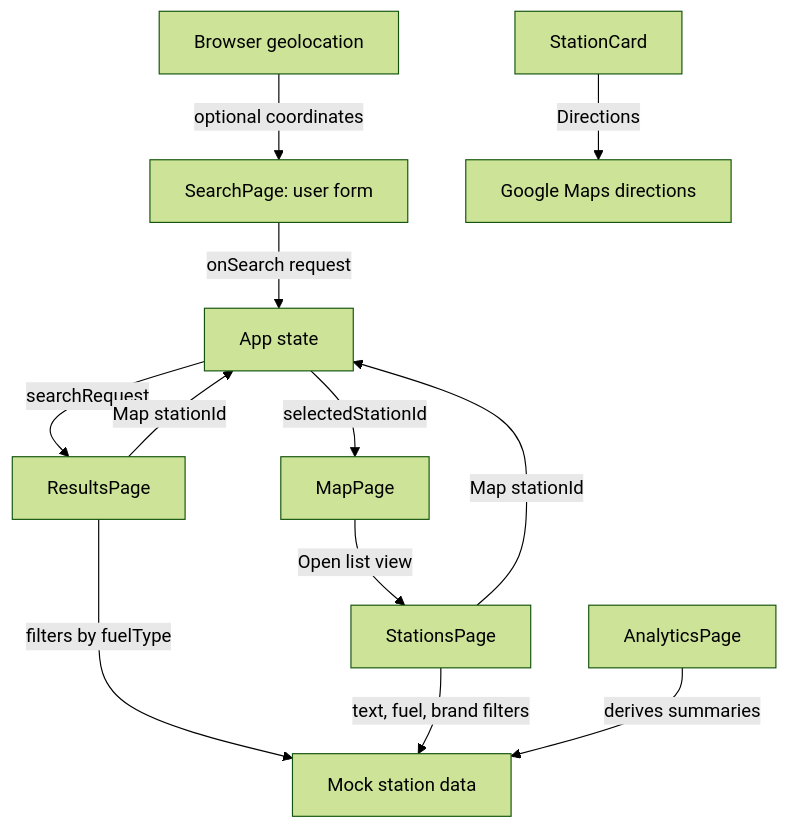
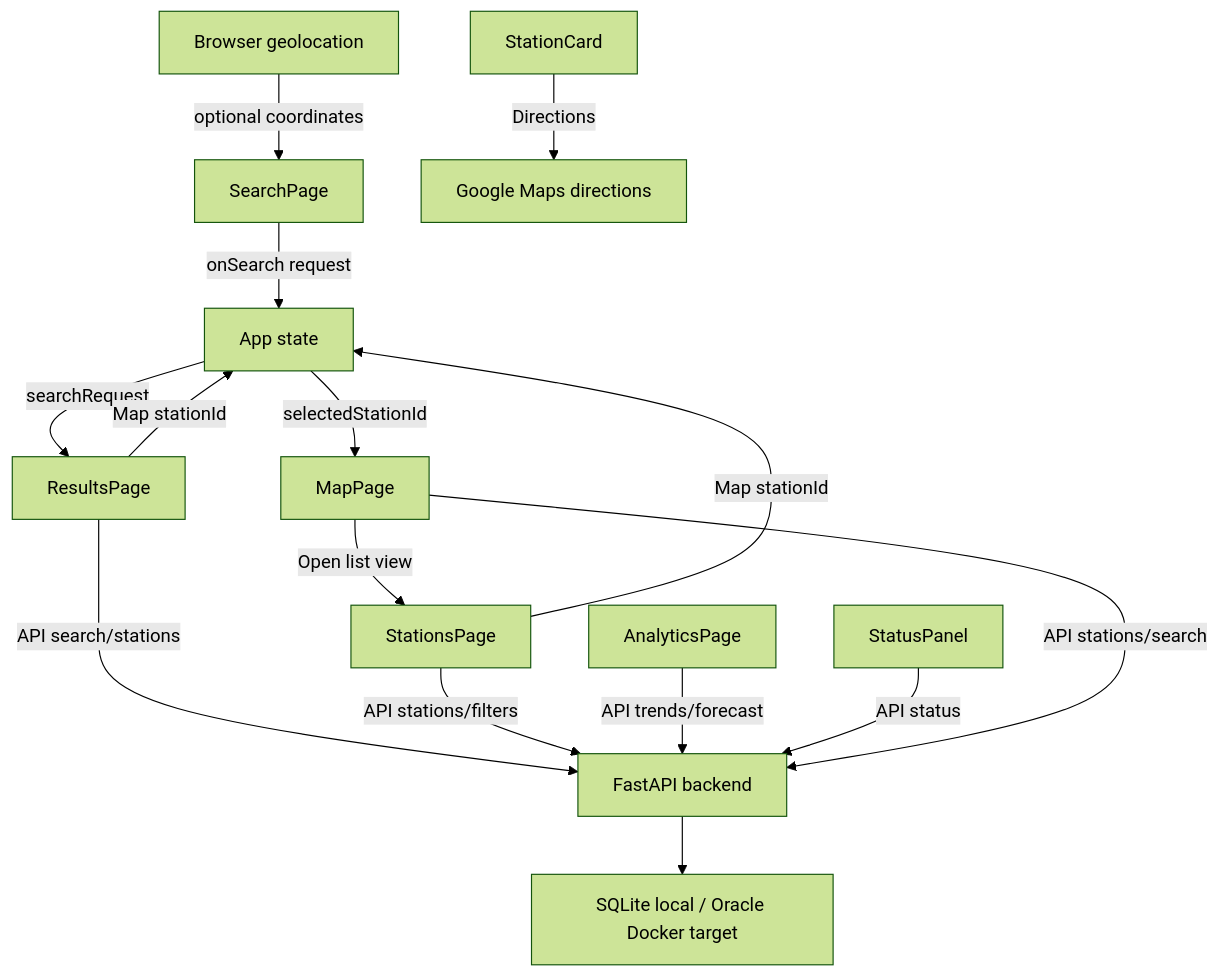
Before and after one commit to Arthemisto/FuelFinder: the diagram in PAGE_FLOW.md, drawn with Mermaid (forest theme). The commit also changed other lines of this file and 5 other files, not shown here.

Commit message:
Connect analytics forecast to backend

````diff
--- a/PAGE_FLOW.md
+++ b/PAGE_FLOW.md
@@ -318,14 +204,17 @@
 ```mermaid
 flowchart TD
   BrowserGeolocation["Browser geolocation"] -->|optional coordinates| SearchPage
-  SearchPage["SearchPage: user form"] -->|onSearch request| App["App state"]
+  SearchPage["SearchPage"] -->|onSearch request| App["App state"]
   App -->|searchRequest| ResultsPage
-  ResultsPage -->|filters by fuelType| MockStations["Mock station data"]
+  ResultsPage -->|API search/stations| Backend["FastAPI backend"]
+  StationsPage -->|API stations/filters| Backend
+  AnalyticsPage -->|API trends/forecast| Backend
+  StatusPanel -->|API status| Backend
+  MapPage -->|API stations/search| Backend
+  Backend --> Database["SQLite local / Oracle Docker target"]
   ResultsPage -->|Map stationId| App
   StationsPage -->|Map stationId| App
-  StationsPage -->|text, fuel, brand filters| MockStations
   App -->|selectedStationId| MapPage
   MapPage -->|Open list view| StationsPage
   StationCard -->|Directions| GoogleMaps["Google Maps directions"]
-  AnalyticsPage -->|derives summaries| MockStations
 ```
````
